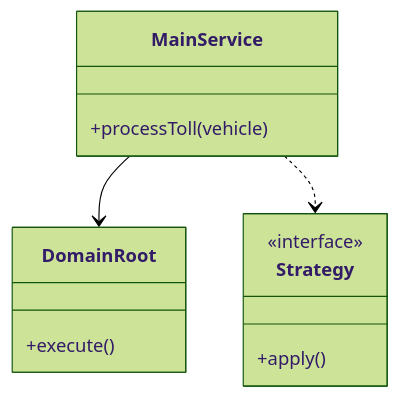
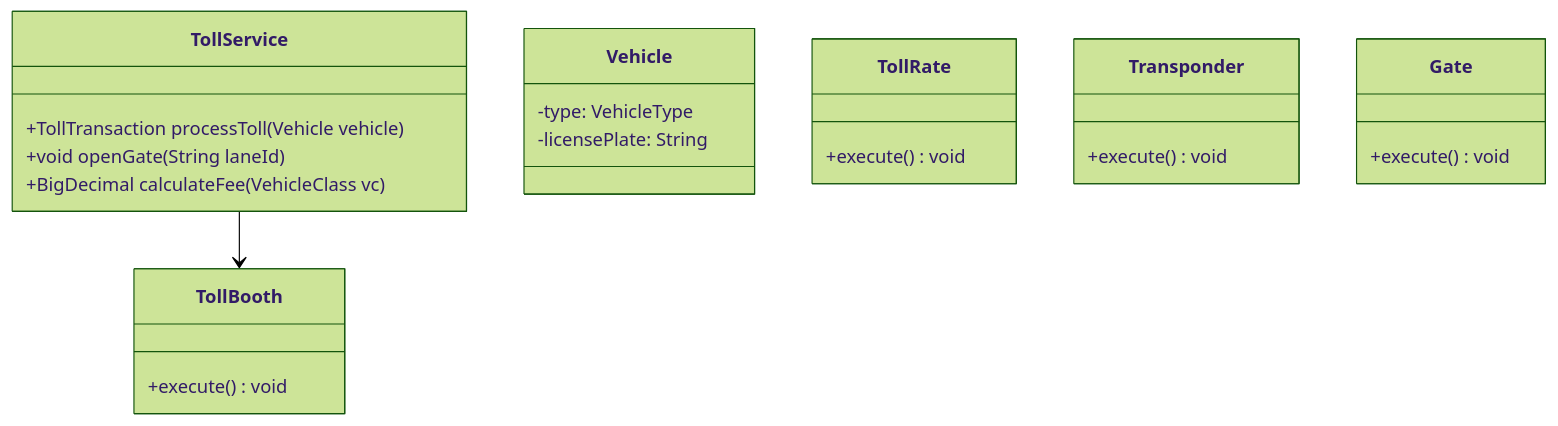
The first of 3 diagrams in Learn/System Design - Low Level Design/02-classic-ood/questions/Q40-toll-booth.md (madhupaila/Interview-Prep-SSE), drawn with Mermaid (forest theme) before and after one commit. The commit also changed other lines of this file and 491 other files, not shown here.

````diff
--- a/Learn/System Design - Low Level Design/02-classic-ood/questions/Q40-toll-booth.md
+++ b/Learn/System Design - Low Level Design/02-classic-ood/questions/Q40-toll-booth.md
@@ -75,15 +92,25 @@
 ```mermaid
 classDiagram
-    class MainService {
-        +processToll(vehicle)
+    class TollService {
+        +TollTransaction processToll(Vehicle vehicle)
+        +void openGate(String laneId)
+        +BigDecimal calculateFee(VehicleClass vc)
     }
-    class DomainRoot {
-        +execute()
+    class TollBooth {
+        +execute() void
     }
-    class Strategy {
-        <<interface>>
-        +apply()
+    class Vehicle {
+        -type: VehicleType
+        -licensePlate: String
     }
-    MainService --> DomainRoot
-    MainService ..> Strategy
+    class TollRate {
+        +execute() void
+    }
+    class Transponder {
+        +execute() void
+    }
+    class Gate {
+        +execute() void
+    }
+    TollService --> TollBooth
 ```
````
